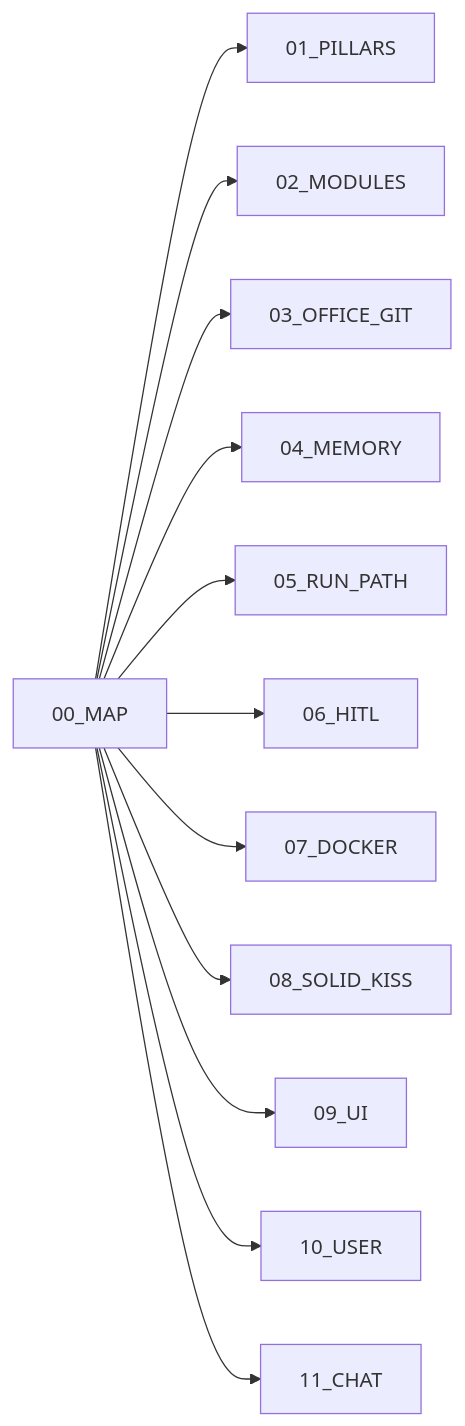
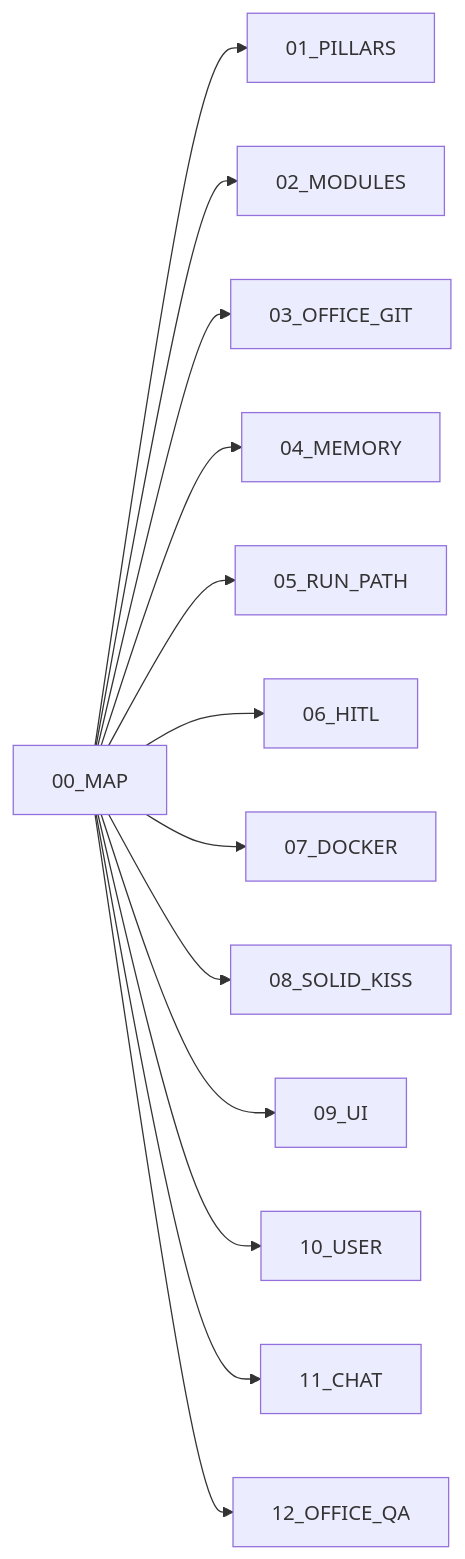
One commit to abhishekjasani/AgentAnyStack changed the diagram in docs/architecture/00_MAP.md. Above: the diagram before and after it, drawn with Mermaid. The commit also changed other lines of this file and 15 other files, not shown here.

````diff
--- a/docs/architecture/00_MAP.md
+++ b/docs/architecture/00_MAP.md
@@ -5,14 +5,15 @@
 ```mermaid
 flowchart LR
     MAP[00_MAP] --> P[01_PILLARS]
     MAP --> M[02_MODULES]
     MAP --> O[03_OFFICE_GIT]
     MAP --> MEM[04_MEMORY]
     MAP --> R[05_RUN_PATH]
     MAP --> H[06_HITL]
     MAP --> D[07_DOCKER]
     MAP --> S[08_SOLID_KISS]
     MAP --> U[09_UI]
     MAP --> USR[10_USER]
     MAP --> CH[11_CHAT]
+    MAP --> OQ[12_OFFICE_QA]
 ```
````
